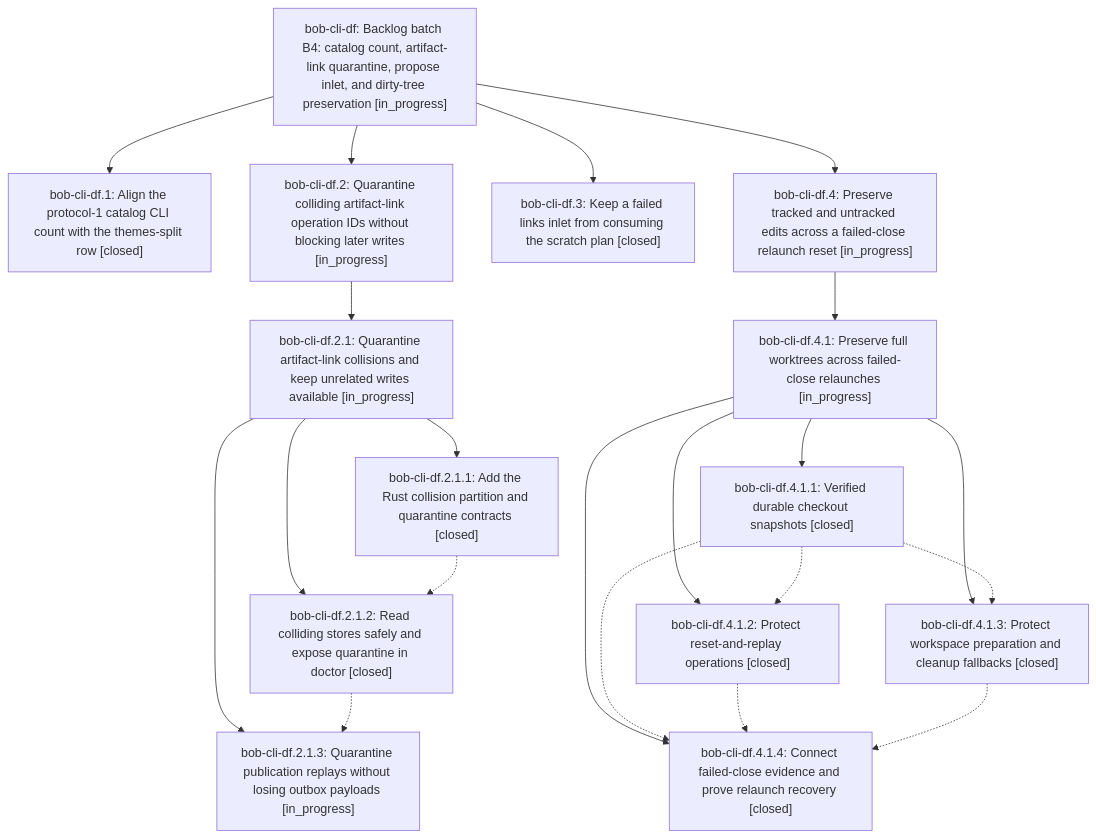
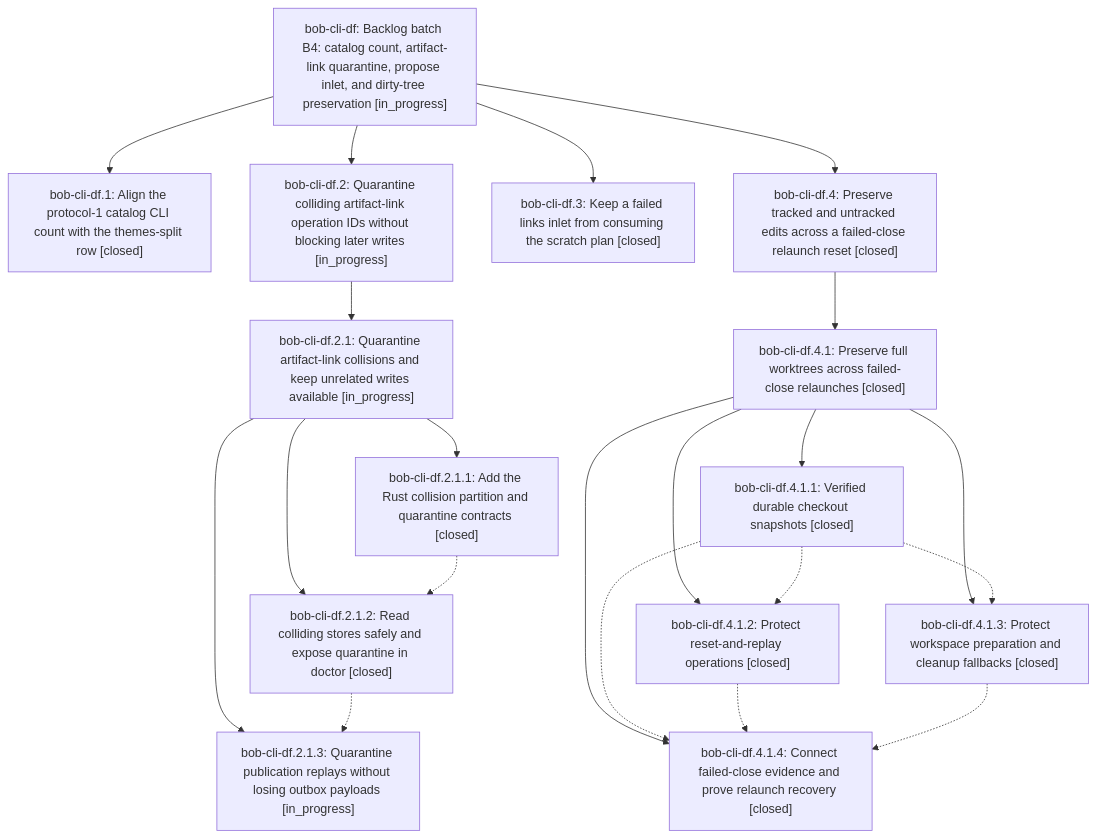
The diagram in pages/bob-cli-df/README.md (bobs-org/bob-cli--beads), drawn with Mermaid before and after one commit. The commit also changed other lines of this file and 8 other files, not shown here.

First line of the commit message:
chore(beads): sync bead state and pages for bob-cli-df

````diff
--- a/pages/bob-cli-df/README.md
+++ b/pages/bob-cli-df/README.md
@@ -39,37 +39,37 @@
 ```mermaid
 flowchart TD
     n0["bob-cli-df: Backlog batch B4: catalog count, artifact-link quarantine, propose inlet, and dirty-tree preservation [in_progress]"]
     n1["bob-cli-df.1: Align the protocol-1 catalog CLI count with the themes-split row [closed]"]
     n2["bob-cli-df.2: Quarantine colliding artifact-link operation IDs without blocking later writes [in_progress]"]
     n3["bob-cli-df.2.1: Quarantine artifact-link collisions and keep unrelated writes available [in_progress]"]
     n4["bob-cli-df.2.1.1: Add the Rust collision partition and quarantine contracts [closed]"]
     n5["bob-cli-df.2.1.2: Read colliding stores safely and expose quarantine in doctor [closed]"]
     n6["bob-cli-df.2.1.3: Quarantine publication replays without losing outbox payloads [in_progress]"]
     n7["bob-cli-df.3: Keep a failed links inlet from consuming the scratch plan [closed]"]
-    n8["bob-cli-df.4: Preserve tracked and untracked edits across a failed-close relaunch reset [in_progress]"]
-    n9["bob-cli-df.4.1: Preserve full worktrees across failed-close relaunches [in_progress]"]
+    n8["bob-cli-df.4: Preserve tracked and untracked edits across a failed-close relaunch reset [closed]"]
+    n9["bob-cli-df.4.1: Preserve full worktrees across failed-close relaunches [closed]"]
     n10["bob-cli-df.4.1.1: Verified durable checkout snapshots [closed]"]
     n11["bob-cli-df.4.1.2: Protect reset-and-replay operations [closed]"]
     n12["bob-cli-df.4.1.3: Protect workspace preparation and cleanup fallbacks [closed]"]
     n13["bob-cli-df.4.1.4: Connect failed-close evidence and prove relaunch recovery [closed]"]
     n0 --> n1
     n0 --> n2
     n2 --> n3
     n3 --> n4
     n3 --> n5
     n3 --> n6
     n0 --> n7
     n0 --> n8
     n8 --> n9
     n9 --> n10
     n9 --> n11
     n9 --> n12
     n9 --> n13
     n4 -.-> n5
     n5 -.-> n6
     n10 -.-> n11
     n10 -.-> n12
     n10 -.-> n13
     n11 -.-> n13
     n12 -.-> n13
 ```
````
